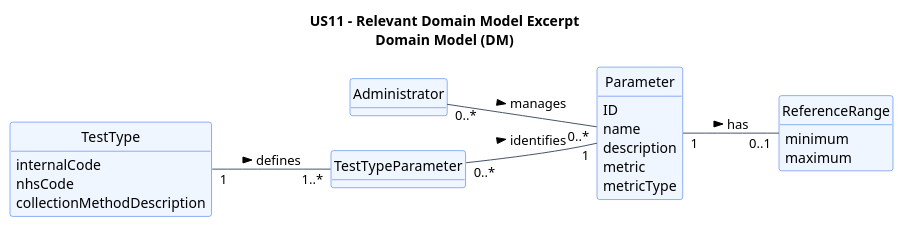
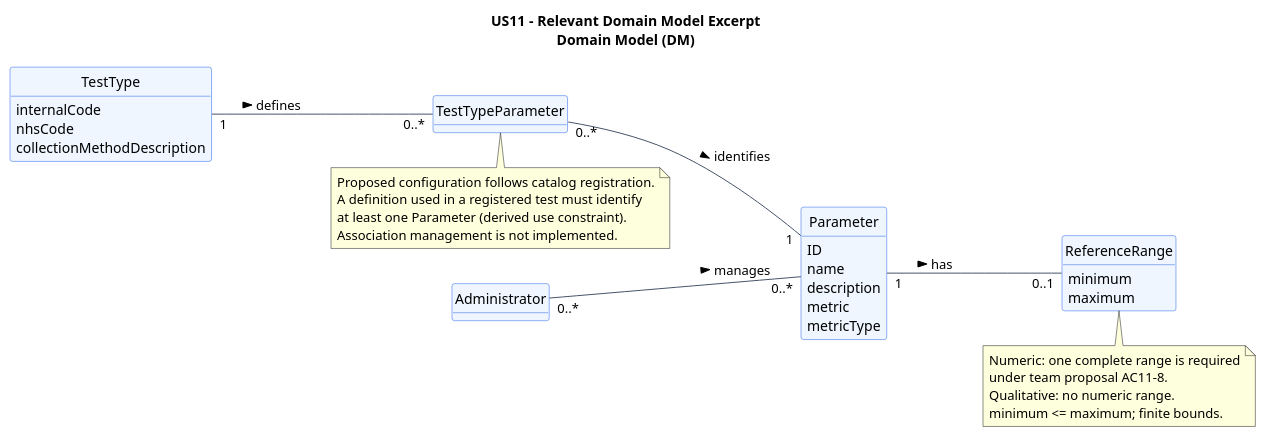
One commit to jmaia574/leti-esoft-26-27-B6 changed the diagram in docs/system-documentation/US11/puml/US11-DM.puml. Above: the diagram before and after it, drawn with PlantUML. The commit also changed 44 other files, not shown here.

```diff
--- a/docs/system-documentation/US11/puml/US11-DM.puml
+++ b/docs/system-documentation/US11/puml/US11-DM.puml
@@ -1,42 +1,56 @@
 @startuml
 title US11 - Relevant Domain Model Excerpt\nDomain Model (DM)
 
 left to right direction
 hide methods
 hide circle
 skinparam classAttributeIconSize 0
 skinparam backgroundColor #FFFFFF
 skinparam shadowing false
 skinparam classBorderColor #2563EB
 skinparam classBackgroundColor #EFF6FF
 skinparam ArrowColor #475569
 
 class Administrator
 
 class Parameter {
     ID
     name
     description
     metric
     metricType
 }
 
 class ReferenceRange {
     minimum
     maximum
 }
 
 class TestType {
     internalCode
     nhsCode
     collectionMethodDescription
 }
 
 class TestTypeParameter
 
 Administrator "0..*" -- "0..*" Parameter : manages >
 Parameter "1" -- "0..1" ReferenceRange : has >
-TestType "1" -- "1..*" TestTypeParameter : defines >
+TestType "1" -- "0..*" TestTypeParameter : defines >
 TestTypeParameter "0..*" -- "1" Parameter : identifies >
 
+note bottom of ReferenceRange
+Numeric: one complete range is required
+under team proposal AC11-8.
+Qualitative: no numeric range.
+minimum <= maximum; finite bounds.
+end note
+
+note bottom of TestTypeParameter
+Proposed configuration follows catalog registration.
+A definition used in a registered test must identify
+at least one Parameter (derived use constraint).
+Association management is not implemented.
+end note
+
 @enduml
```
